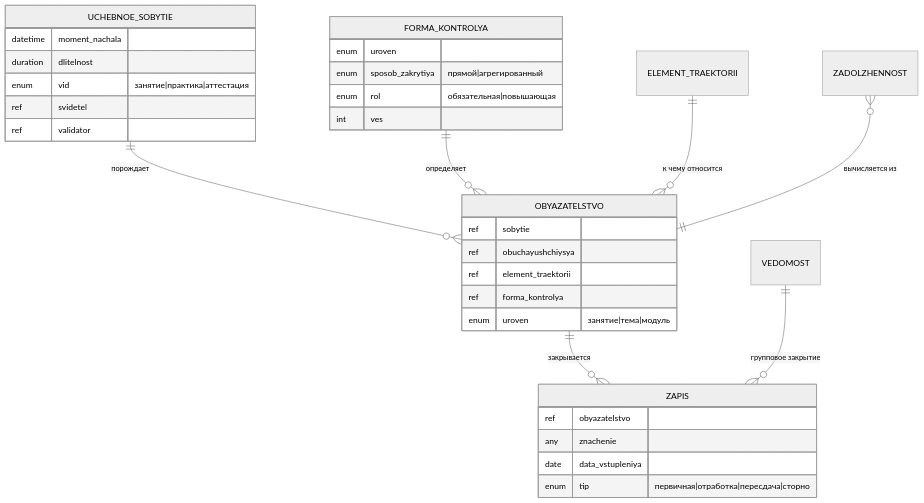
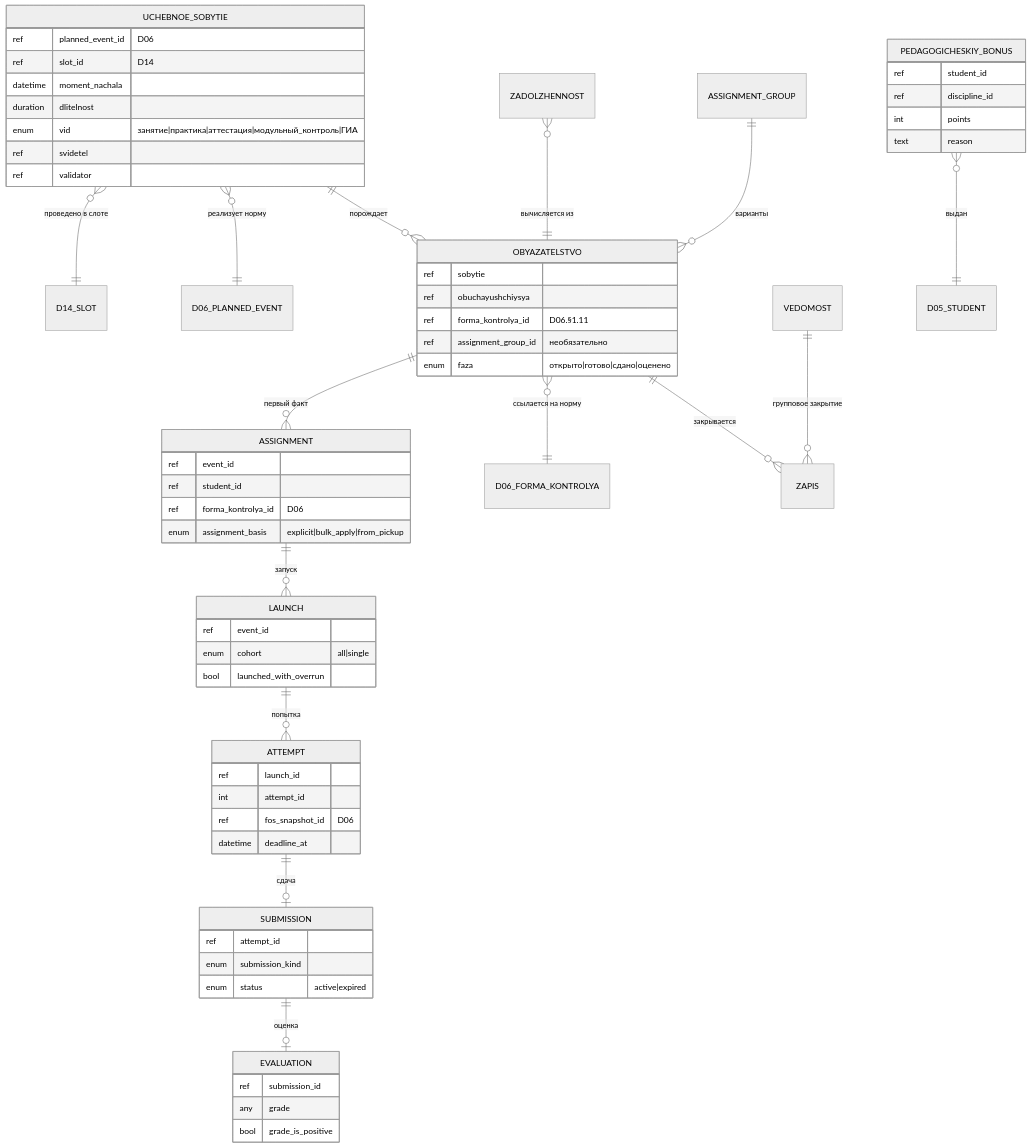
The diagram in domains/D04-education/data-model/entities.md (aplicon-ru/edu-framework), drawn with Mermaid (neutral theme) before and after one commit. The commit also changed other lines of this file and 2 other files, not shown here.

````diff
--- a/domains/D04-education/data-model/entities.md
+++ b/domains/D04-education/data-model/entities.md
@@ -214,35 +348,71 @@
 ```mermaid
 erDiagram
     UCHEBNOE_SOBYTIE ||--o{ OBYAZATELSTVO : "порождает"
+    UCHEBNOE_SOBYTIE }o--|| D06_PLANNED_EVENT : "реализует норму"
+    UCHEBNOE_SOBYTIE }o--|| D14_SLOT : "проведено в слоте"
+
     OBYAZATELSTVO ||--o{ ZAPIS : "закрывается"
-    FORMA_KONTROLYA ||--o{ OBYAZATELSTVO : "определяет"
-    ELEMENT_TRAEKTORII ||--o{ OBYAZATELSTVO : "к чему относится"
+    OBYAZATELSTVO }o--|| D06_FORMA_KONTROLYA : "ссылается на норму"
+
+    OBYAZATELSTVO ||--o{ ASSIGNMENT : "первый факт"
+    ASSIGNMENT ||--o{ LAUNCH : "запуск"
+    LAUNCH ||--o{ ATTEMPT : "попытка"
+    ATTEMPT ||--o| SUBMISSION : "сдача"
+    SUBMISSION ||--o| EVALUATION : "оценка"
+
+    ASSIGNMENT_GROUP ||--o{ OBYAZATELSTVO : "варианты"
     VEDOMOST ||--o{ ZAPIS : "групповое закрытие"
+
+    PEDAGOGICHESKIY_BONUS }o--|| D05_STUDENT : "выдан"
+
     UCHEBNOE_SOBYTIE {
+        ref planned_event_id "D06"
+        ref slot_id "D14"
         datetime moment_nachala
         duration dlitelnost
-        enum vid "занятие|практика|аттестация"
+        enum vid "занятие|практика|аттестация|модульный_контроль|ГИА"
         ref svidetel
         ref validator
     }
     OBYAZATELSTVO {
         ref sobytie
         ref obuchayushchiysya
-        ref element_traektorii
-        ref forma_kontrolya
-        enum uroven "занятие|тема|модуль"
+        ref forma_kontrolya_id "D06.§1.11"
+        ref assignment_group_id "необязательно"
+        enum faza "открыто|готово|сдано|оценено"
     }
-    ZAPIS {
-        ref obyazatelstvo
-        any znachenie
-        date data_vstupleniya
-        enum tip "первичная|отработка|пересдача|сторно"
+    ASSIGNMENT {
+        ref event_id
+        ref student_id
+        ref forma_kontrolya_id "D06"
+        enum assignment_basis "explicit|bulk_apply|from_pickup"
     }
-    FORMA_KONTROLYA {
-        enum uroven
-        enum sposob_zakrytiya "прямой|агрегированный"
-        enum rol "обязательная|повышающая"
-        int ves
+    LAUNCH {
+        ref event_id
+        enum cohort "all|single"
+        bool launched_with_overrun
+    }
+    ATTEMPT {
+        ref launch_id
+        int attempt_id
+        ref fos_snapshot_id "D06"
+        datetime deadline_at
+    }
+    SUBMISSION {
+        ref attempt_id
+        enum submission_kind
+        enum status "active|expired"
+    }
+    EVALUATION {
+        ref submission_id
+        any grade
+        bool grade_is_positive
+    }
+    PEDAGOGICHESKIY_BONUS {
+        ref student_id
+        ref discipline_id
+        int points
+        text reason
     }
     ZADOLZHENNOST }o--|| OBYAZATELSTVO : "вычисляется из"
 ```
````
